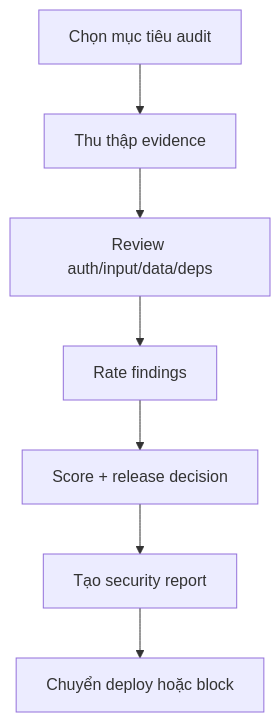
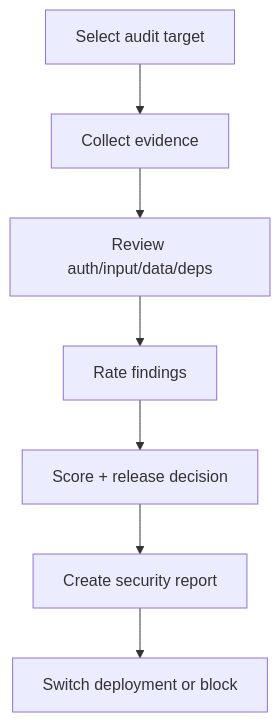
The diagram in packages/forge-core/workflows/execution/secure.md (nguyenphat57/forge), drawn with Mermaid before and after one commit. The commit also changed other lines of this file and 82 other files, not shown here.

````diff
--- a/packages/forge-core/workflows/execution/secure.md
+++ b/packages/forge-core/workflows/execution/secure.md
@@ -34,9 +34,9 @@
 ```mermaid
 flowchart TD
-    A[Chọn mục tiêu audit] --> B[Thu thập evidence]
+    A[Select audit target] --> B[Collect evidence]
     B --> C[Review auth/input/data/deps]
     C --> D[Rate findings]
     D --> E[Score + release decision]
-    E --> F[Tạo security report]
-    F --> G[Chuyển deploy hoặc block]
+    E --> F[Create security report]
+    F --> G[Switch deployment or block]
 ```
````
